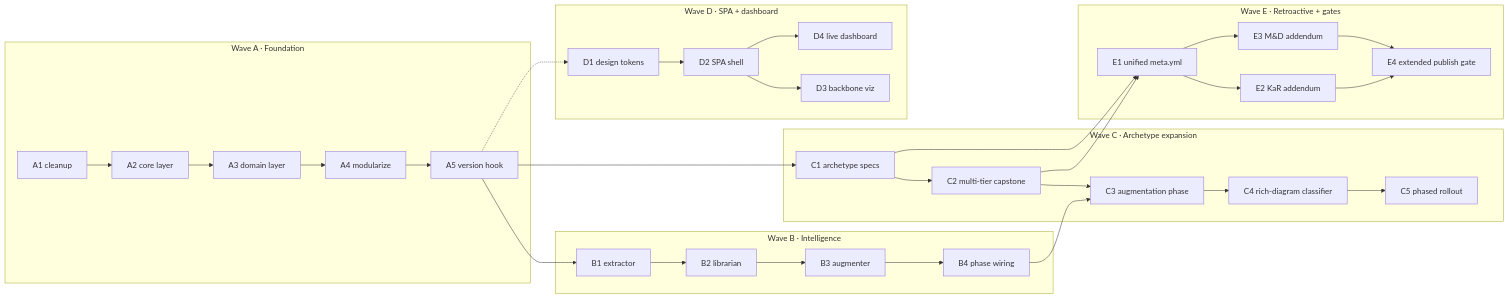
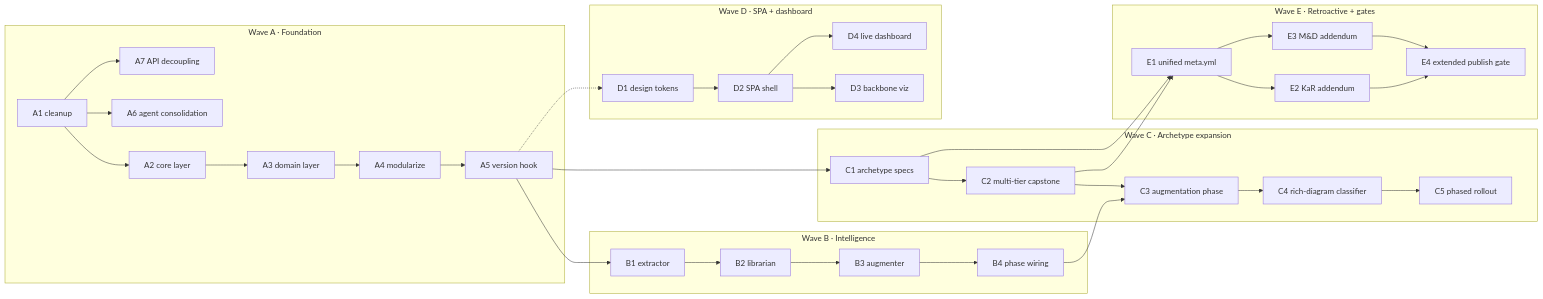
The first of 2 diagrams in _workspace/plan/refactor/plan.md (asifhussain60/podcast-factory), drawn with Mermaid before and after one commit. The commit also changed other lines of this file and 33 other files, not shown here.

````diff
--- a/_workspace/plan/refactor/plan.md
+++ b/_workspace/plan/refactor/plan.md
@@ -24,43 +24,45 @@
 ```mermaid
 flowchart LR
     subgraph A["Wave A · Foundation"]
         A1[A1 cleanup] --> A2[A2 core layer]
         A2 --> A3[A3 domain layer]
         A3 --> A4[A4 modularize]
         A4 --> A5[A5 version hook]
+        A1 --> A6[A6 agent consolidation]
+        A1 --> A7[A7 API decoupling]
     end
 
     subgraph B["Wave B · Intelligence"]
         B1[B1 extractor]
         B2[B2 librarian]
         B3[B3 augmenter]
         B4[B4 phase wiring]
         B1 --> B2 --> B3 --> B4
     end
 
     subgraph C["Wave C · Archetype expansion"]
         C1[C1 archetype specs] --> C2[C2 multi-tier capstone]
         C2 --> C3[C3 augmentation phase]
         C3 --> C4[C4 rich-diagram classifier]
         C4 --> C5[C5 phased rollout]
     end
 
     subgraph D["Wave D · SPA + dashboard"]
         D1[D1 design tokens] --> D2[D2 SPA shell]
         D2 --> D3[D3 backbone viz]
         D2 --> D4[D4 live dashboard]
     end
 
     subgraph E["Wave E · Retroactive + gates"]
         E1[E1 unified meta.yml] --> E2[E2 KaR addendum]
         E1 --> E3[E3 M&D addendum]
         E2 & E3 --> E4[E4 extended publish gate]
     end
 
     A5 --> B1
     A5 --> C1
     B4 --> C3
     C2 --> E1
     C1 --> E1
     A5 -.-> D1
 ```
````
